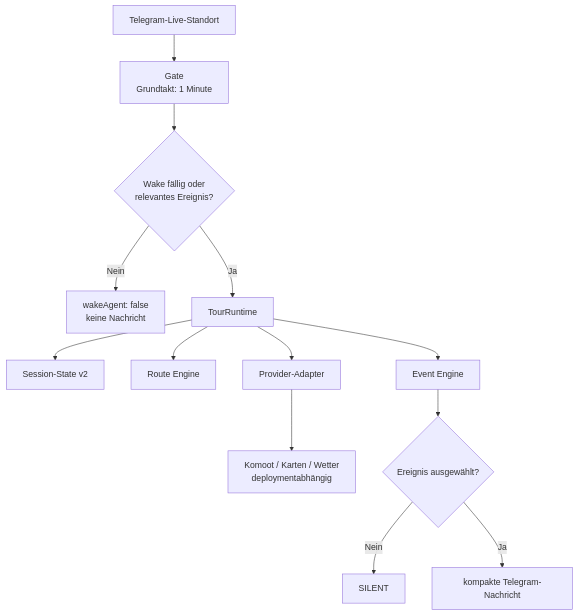
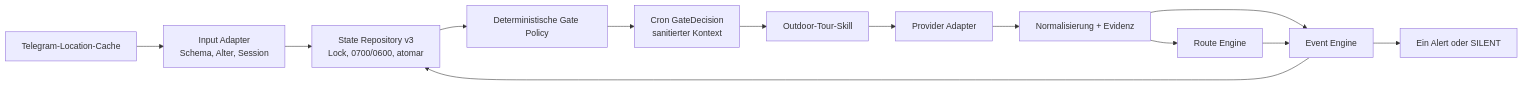
One commit to MaikD77/hermes-tour-assistant changed the diagram in README.md. Above: the diagram before and after it, drawn with Mermaid. The commit also changed other lines of this file and 47 other files, not shown here.

Commit message:
feat: consolidate tour assistant runtime

````diff
--- a/README.md
+++ b/README.md
@@ -52,15 +37,15 @@
 ```mermaid
-flowchart TD
-    A["Telegram-Live-Standort"] --> B["Gate<br/>Grundtakt: 1 Minute"]
-    B --> C{"Wake fällig oder<br/>relevantes Ereignis?"}
-    C -->|Nein| D["wakeAgent: false<br/>keine Nachricht"]
-    C -->|Ja| E["TourRuntime"]
-    E --> F["Session-State v2"]
-    E --> G["Route Engine"]
-    E --> H["Event Engine"]
-    E --> I["Provider-Adapter"]
-    I --> J["Komoot / Karten / Wetter<br/>deploymentabhängig"]
-    H --> K{"Ereignis ausgewählt?"}
-    K -->|Nein| L["SILENT"]
-    K -->|Ja| M["kompakte Telegram-Nachricht"]
+flowchart LR
+    T["Telegram-Location-Cache"] --> I["Input Adapter<br/>Schema, Alter, Session"]
+    I --> S["State Repository v3<br/>Lock, 0700/0600, atomar"]
+    S --> G["Deterministische Gate Policy"]
+    G --> C["Cron GateDecision<br/>sanitierter Kontext"]
+    C --> A["Outdoor-Tour-Skill"]
+    A --> P["Provider Adapter"]
+    P --> N["Normalisierung + Evidenz"]
+    N --> R["Route Engine"]
+    N --> E["Event Engine"]
+    R --> E
+    E --> O["Ein Alert oder SILENT"]
+    E --> S
 ```
````
